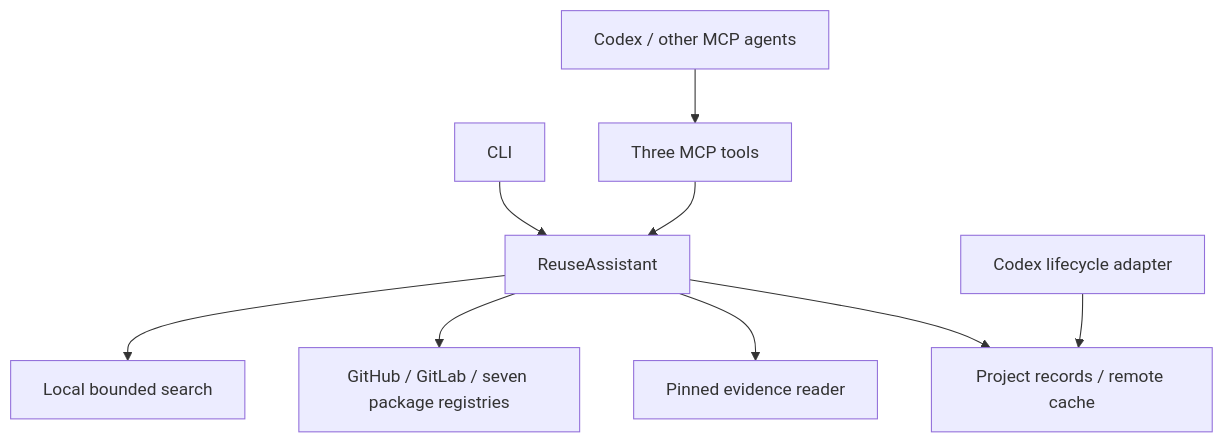
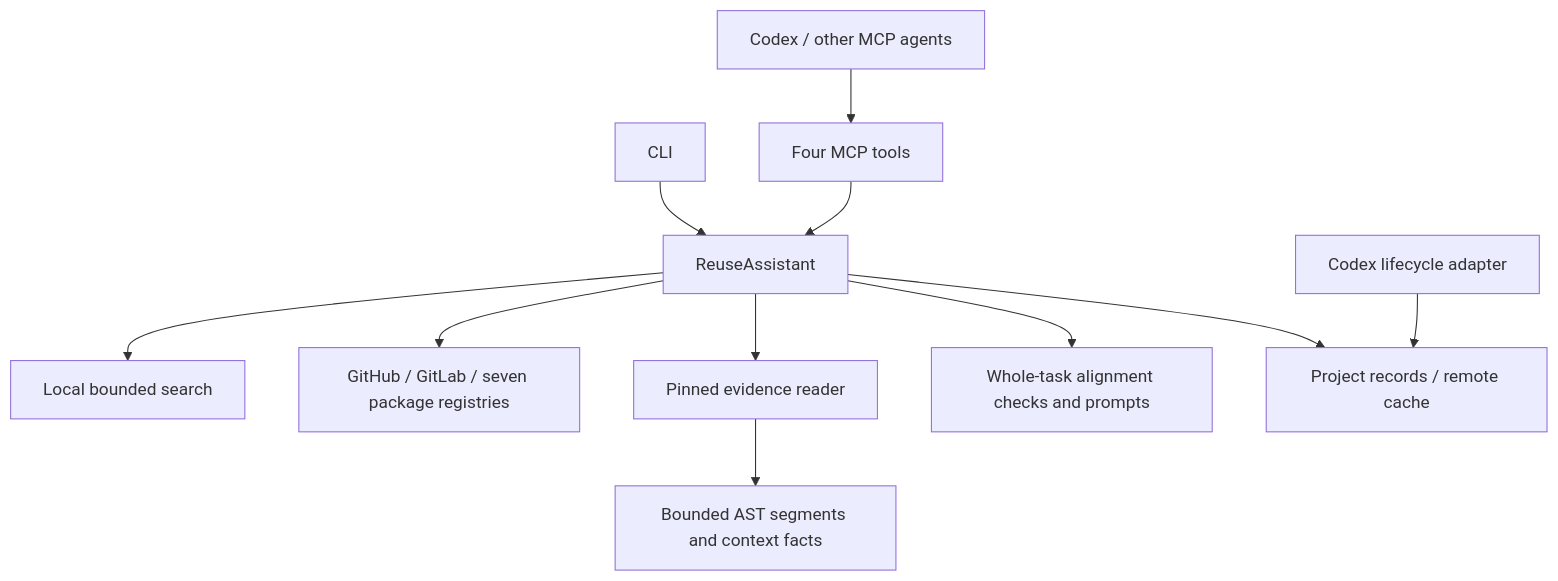
One commit to tianxiashan294-design/reuse-assistant changed the diagram in docs/ARCHITECTURE.md. Above: the diagram before and after it, drawn with Mermaid. The commit also changed other lines of this file and 25 other files, not shown here.

Commit message:
Release v0.4.0 with code segments and whole-task alignment

````diff
--- a/docs/ARCHITECTURE.md
+++ b/docs/ARCHITECTURE.md
@@ -5,11 +5,13 @@
 ```mermaid
 flowchart TD
-  Agent[Codex / other MCP agents] --> MCP[Three MCP tools]
+  Agent[Codex / other MCP agents] --> MCP[Four MCP tools]
   CLI[CLI] --> Core[ReuseAssistant]
   MCP --> Core
   Core --> Local[Local bounded search]
   Core --> Sources[GitHub / GitLab / seven package registries]
   Core --> Evidence[Pinned evidence reader]
+  Evidence --> Segments[Bounded AST segments and context facts]
+  Core --> Alignment[Whole-task alignment checks and prompts]
   Core --> Store[Project records / remote cache]
   Hooks[Codex lifecycle adapter] --> Store
 ```
````
